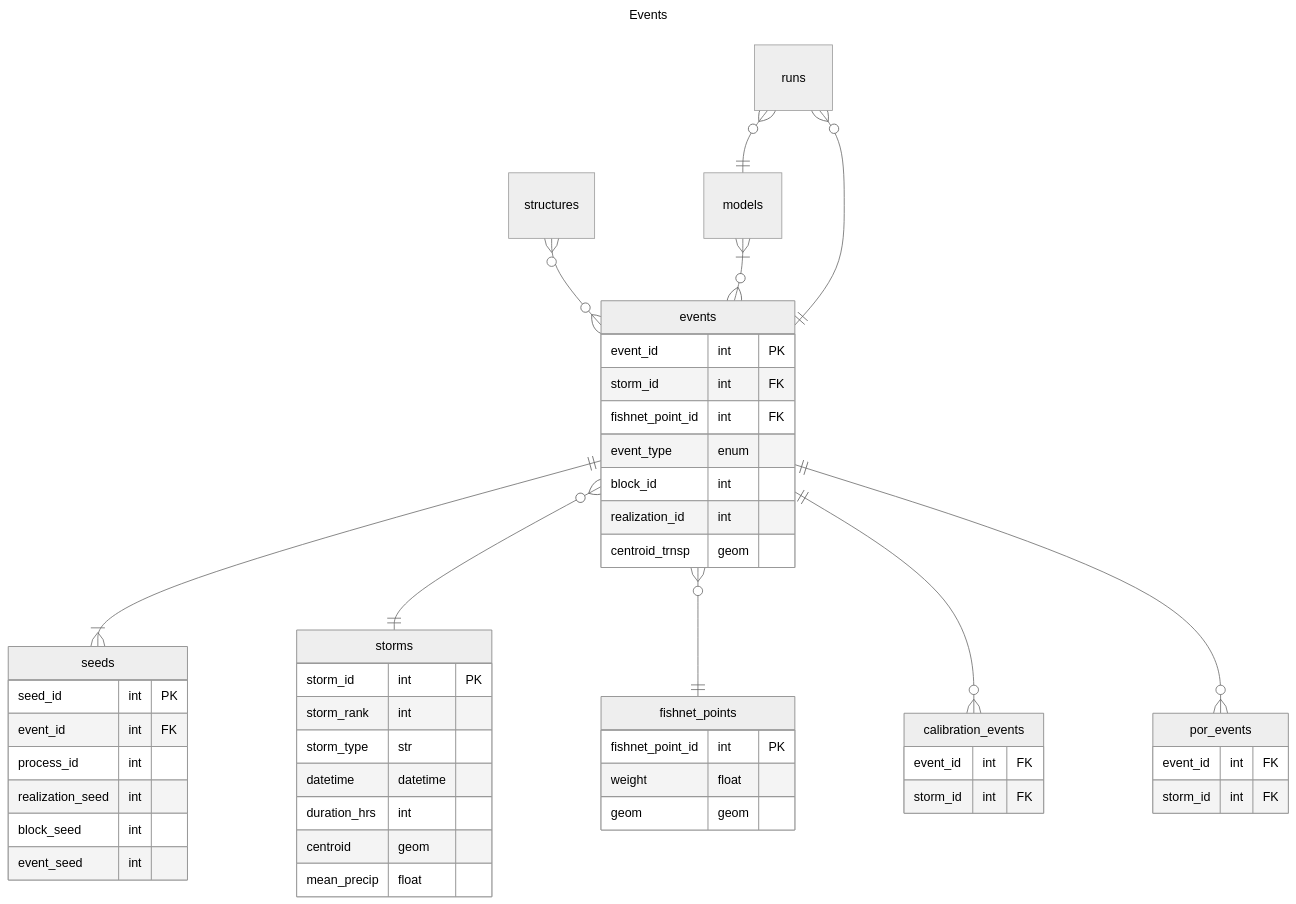
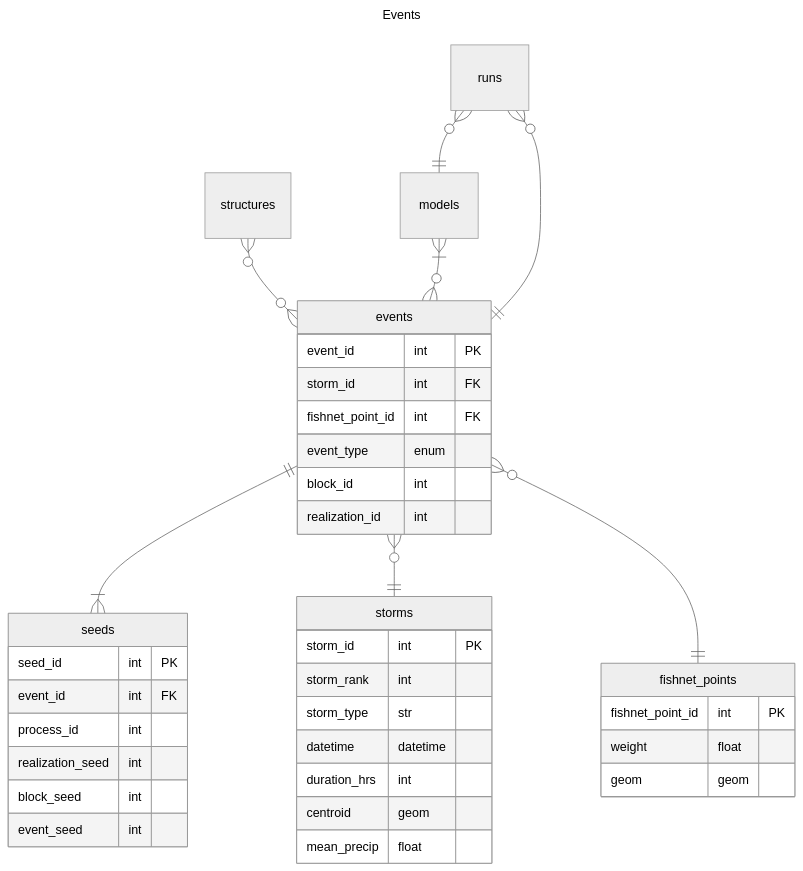
One commit to fema-ffrd/ffrd-data-model changed the diagram in rdb/events.mmd. Above: the diagram before and after it, drawn with Mermaid (neutral theme). The commit also changed 2 other files, not shown here.

Commit message:
rdb diagram improvements

```diff
--- a/rdb/events.mmd
+++ b/rdb/events.mmd
@@ -1,61 +1,50 @@
 ---
 title: Events
 ---
 
 erDiagram
     events ||--|{ seeds : ""
     events }o--|| storms : ""
     events }o--|| fishnet_points : ""
-    events ||--o{ calibration_events : ""
-    events ||--o{ por_events : ""
     structures }o--o{ events : ""
     models }|--o{ events : ""
     runs }o--|| models : ""
     runs }o--|| events : ""
 
 
     storms {
         storm_id int PK
         storm_rank int
         storm_type str
         datetime datetime
         duration_hrs int
         centroid geom
         mean_precip float
     }
     fishnet_points {
         fishnet_point_id int PK
         weight float
         geom geom
     }
     events {
         event_id int PK
         storm_id int FK
         fishnet_point_id int FK
         event_type enum
         block_id int
         realization_id int
-        centroid_trnsp geom
     }
     seeds {
         seed_id int PK
         event_id int FK
         process_id int
         realization_seed int
         block_seed int
         event_seed int
     }
-    calibration_events {
-        event_id int FK
-        storm_id int FK
-    }
-    por_events {
-        event_id int FK
-        storm_id int FK
-    }
     structures {
     }
     events {
     }
     runs {
     }
```
